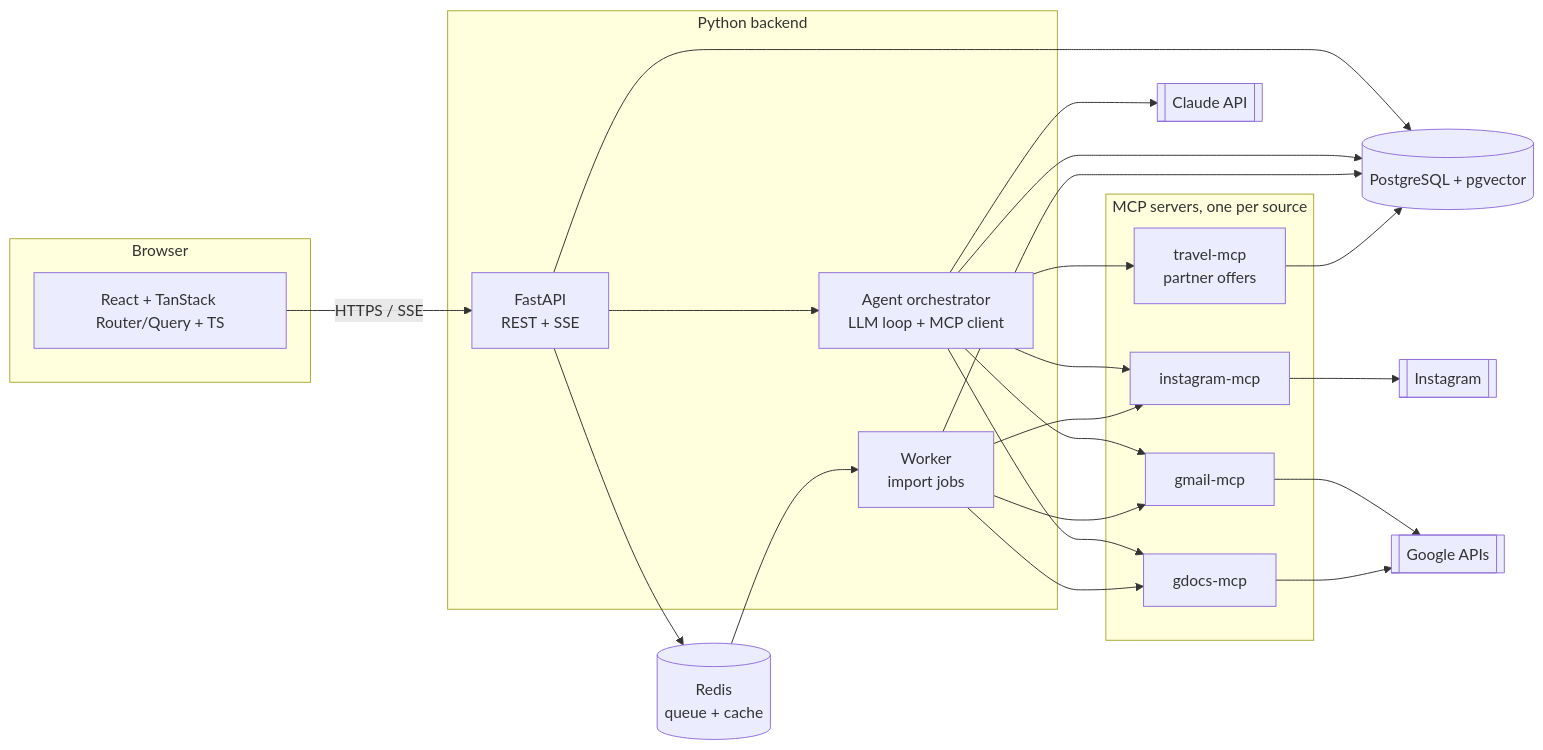
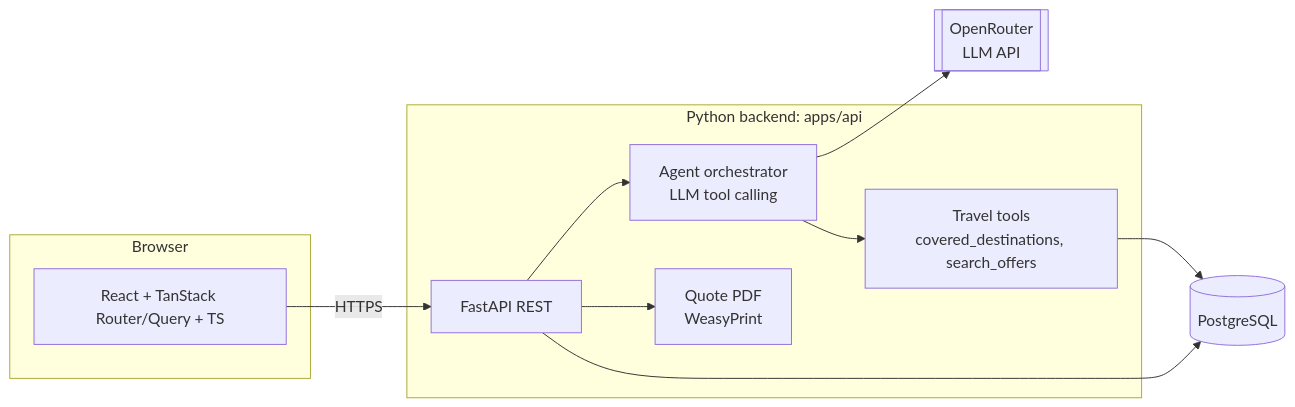
Before and after one commit to loaiattar/Novoya: the first of 2 diagrams in docs/ARCHITECTURE.md, drawn with Mermaid. The commit also changed other lines of this file and 3 other files, not shown here.

First line of the commit message:
Architecture 0.3: GDPR scope, negotiated quotes, OpenRouter, 2-day sprints

````diff
--- a/docs/ARCHITECTURE.md
+++ b/docs/ARCHITECTURE.md
@@ -22,36 +40,23 @@
 ```mermaid
 flowchart LR
   subgraph Browser
     W[React + TanStack Router/Query + TS]
   end
 
-  subgraph Backend [Python backend]
-    API[FastAPI<br/>REST + SSE]
-    AG[Agent orchestrator<br/>LLM loop + MCP client]
-    WK[Worker<br/>import jobs]
+  subgraph Backend [Python backend: apps/api]
+    API[FastAPI REST]
+    AG[Agent orchestrator<br/>LLM tool calling]
+    TL[Travel tools<br/>covered_destinations, search_offers]
+    PDF[Quote PDF<br/>WeasyPrint]
   end
 
-  subgraph MCP [MCP servers, one per source]
-    MG[gmail-mcp]
-    MD[gdocs-mcp]
-    MI[instagram-mcp]
-    MT[travel-mcp<br/>partner offers]
-  end
+  DB[(PostgreSQL)]
+  LLM[[OpenRouter<br/>LLM API]]
 
-  DB[(PostgreSQL + pgvector)]
-  RQ[(Redis<br/>queue + cache)]
-  LLM[[Claude API]]
-  G[[Google APIs]]
-  IG[[Instagram]]
-
-  W -- HTTPS / SSE --> API
+  W -- HTTPS --> API
   API --> AG
-  API --> RQ --> WK
   AG --> LLM
-  AG --> MG & MD & MI & MT
-  WK --> MG & MD & MI
-  MG & MD --> G
-  MI --> IG
-  API & AG & WK --> DB
-  MT --> DB
+  AG --> TL --> DB
+  API --> PDF
+  API --> DB
 ```
````
